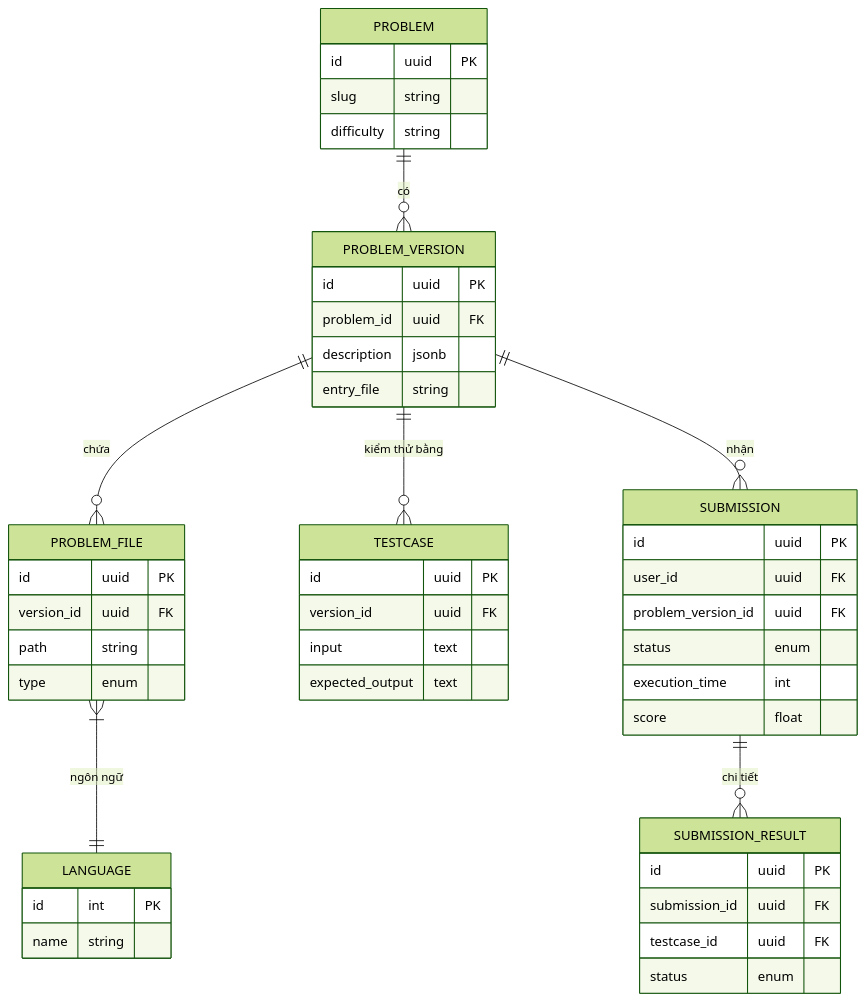
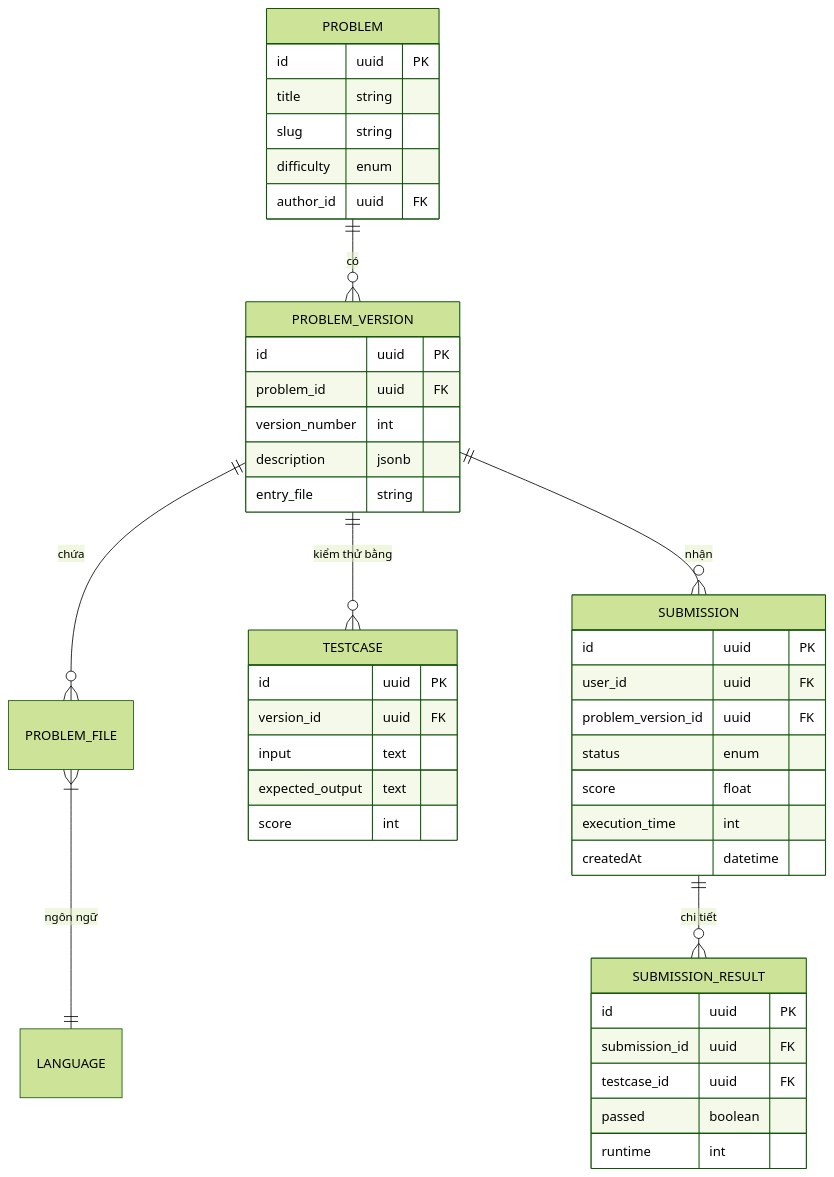
Before and after one commit to ARPHAM/codelearn-fe: the second of 7 diagrams in CodeLearn_BaoCao/03_Chapter_3_Design.md, drawn with Mermaid (forest theme). The commit also changed other lines of this file and 2 other files, not shown here.

````diff
--- a/CodeLearn_BaoCao/03_Chapter_3_Design.md
+++ b/CodeLearn_BaoCao/03_Chapter_3_Design.md
@@ -151,51 +227,47 @@
 ```mermaid
 erDiagram
     PROBLEM ||--o{ PROBLEM_VERSION : "có"
     PROBLEM_VERSION ||--o{ PROBLEM_FILE : "chứa"
     PROBLEM_VERSION ||--o{ TESTCASE : "kiểm thử bằng"
     PROBLEM_VERSION ||--o{ SUBMISSION : "nhận"
     SUBMISSION ||--o{ SUBMISSION_RESULT : "chi tiết"
     PROBLEM_FILE }|--|| LANGUAGE : "ngôn ngữ"
     
     PROBLEM {
         id uuid PK
+        title string
         slug string
-        difficulty string
+        difficulty enum
+        author_id uuid FK
     }
     PROBLEM_VERSION {
         id uuid PK
         problem_id uuid FK
+        version_number int
         description jsonb
         entry_file string
-    }
-    PROBLEM_FILE {
-        id uuid PK
-        version_id uuid FK
-        path string
-        type enum
     }
     SUBMISSION {
         id uuid PK
         user_id uuid FK
         problem_version_id uuid FK
         status enum
+        score float
         execution_time int
-        score float
+        createdAt datetime
     }
     SUBMISSION_RESULT {
         id uuid PK
         submission_id uuid FK
         testcase_id uuid FK
-        status enum
+        passed boolean
+        runtime int
     }
     TESTCASE {
         id uuid PK
         version_id uuid FK
         input text
         expected_output text
-    }
-    LANGUAGE {
-        id int PK
-        name string
+        score int
     }
 ```
````
